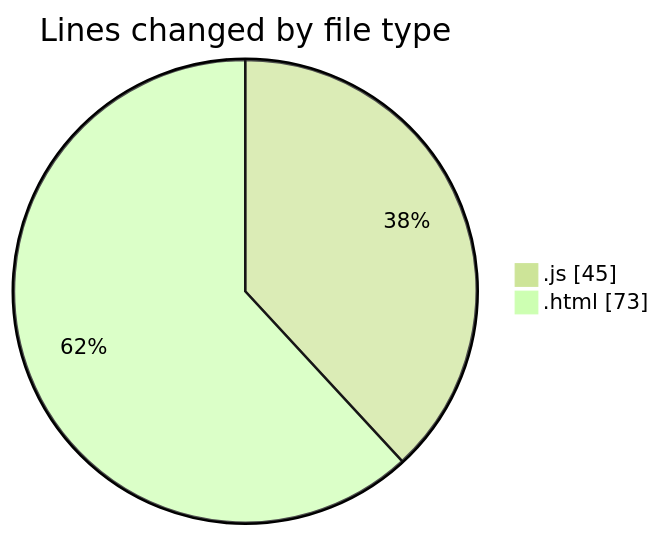
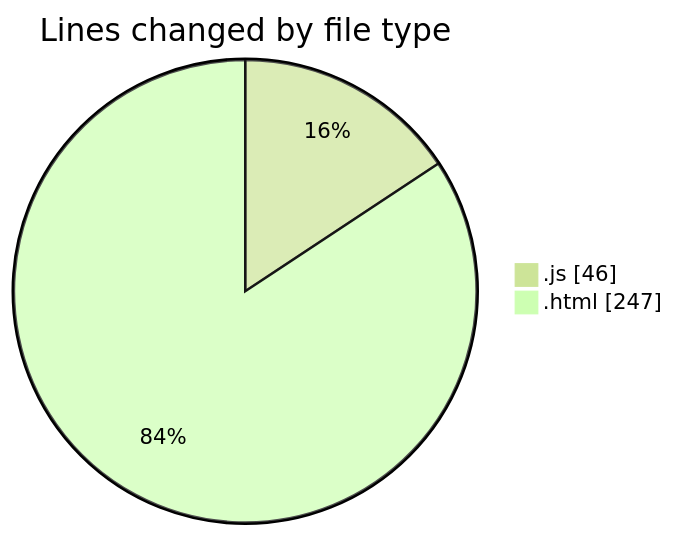
One commit to Ritupan-Deka/code-tracking changed the first of 2 diagrams in 2025-08-15/javascript/README.md. Above: the diagram before and after it, drawn with Mermaid (forest theme). The commit also changed other lines of this file and 1 other file, not shown here.

````diff
--- a/2025-08-15/javascript/README.md
+++ b/2025-08-15/javascript/README.md
@@ -21,6 +22,6 @@
 ```mermaid
 pie showData
 title Lines changed by file type
-".js" : 45
-".html" : 73
+".js" : 46
+".html" : 247
 ```
````
